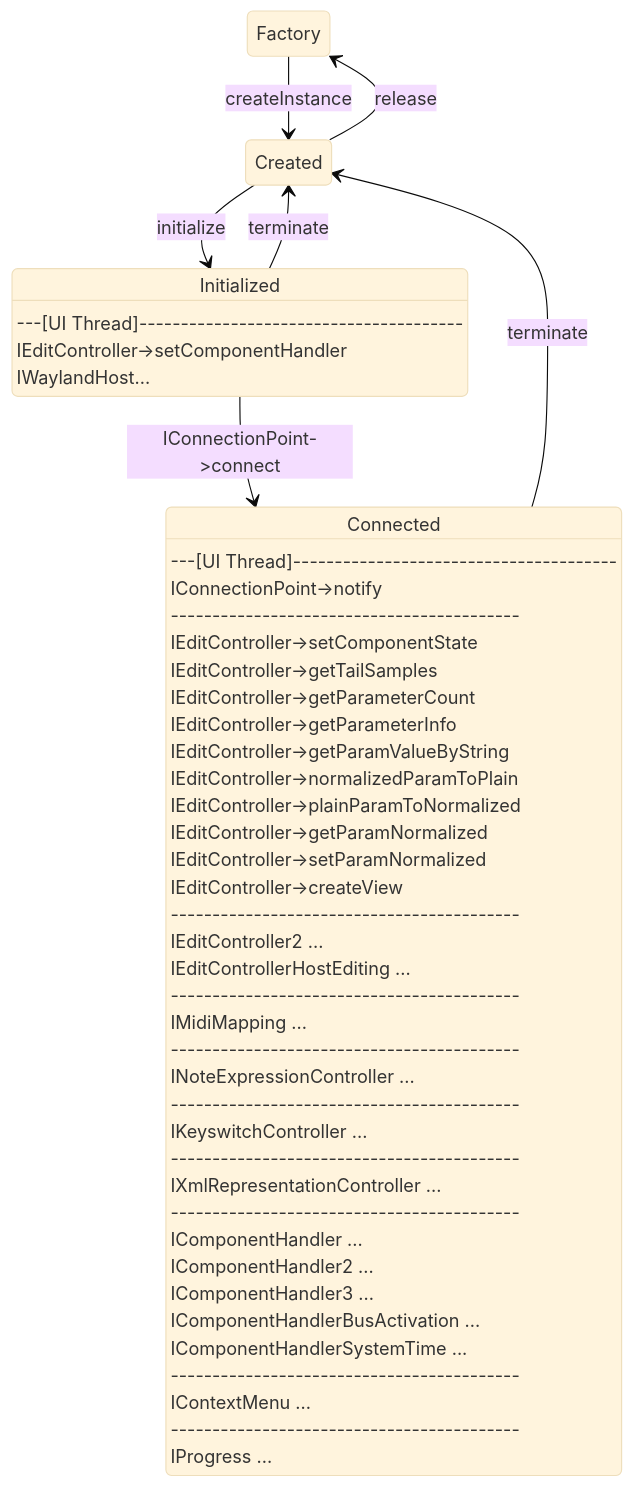
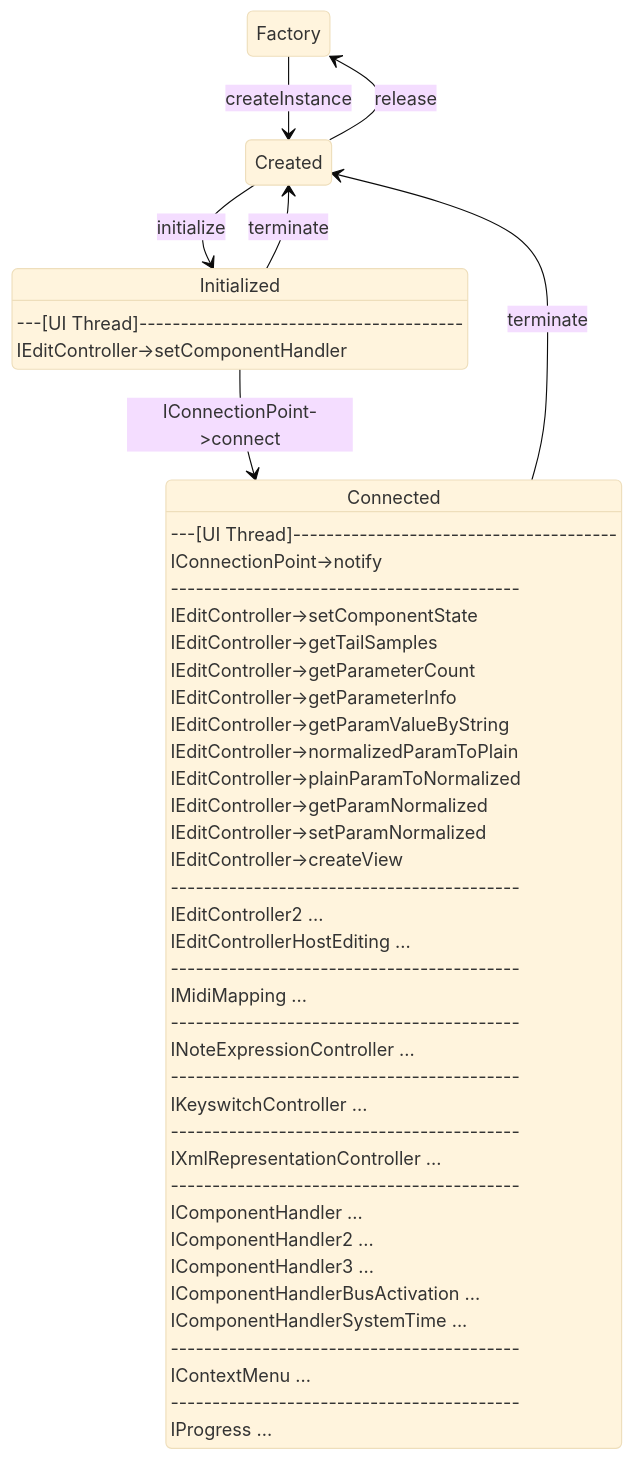
Before and after one commit to steinbergmedia/vst3_dev_portal: the diagram in src/pages/Technical+Documentation/Workflow+Diagrams/Edit+Controller+Call+Sequence.md, drawn with Mermaid (base theme). The commit also changed 1 other file, not shown here.

Commit message:
[update] after review

````diff
--- a/src/pages/Technical+Documentation/Workflow+Diagrams/Edit+Controller+Call+Sequence.md
+++ b/src/pages/Technical+Documentation/Workflow+Diagrams/Edit+Controller+Call+Sequence.md
@@ -11,53 +11,52 @@
 ```mermaid
 stateDiagram
 
 State0: Factory
 State1: Created
 State2: Initialized
 State3: Connected
 
 State2: ---[UI Thread]---------------------------------------
 State2: IEditController->setComponentHandler
-State2: IWaylandHost...
 State3: ---[UI Thread]---------------------------------------
 State3: IConnectionPoint->notify
 State3: ------------------------------------------
 State3: IEditController->setComponentState
 State3: IEditController->getTailSamples
 State3: IEditController->getParameterCount
 State3: IEditController->getParameterInfo
 State3: IEditController->getParamValueByString
 State3: IEditController->normalizedParamToPlain
 State3: IEditController->plainParamToNormalized
 State3: IEditController->getParamNormalized
 State3: IEditController->setParamNormalized
 State3: IEditController->createView
 State3: ------------------------------------------
 State3: IEditController2 ...
 State3: IEditControllerHostEditing ...
 State3: ------------------------------------------
 State3: IMidiMapping ...
 State3: ------------------------------------------
 State3: INoteExpressionController ...
 State3: ------------------------------------------
 State3: IKeyswitchController ...
 State3: ------------------------------------------
 State3: IXmlRepresentationController ...
 State3: ------------------------------------------
 State3: IComponentHandler ...
 State3: IComponentHandler2 ...
 State3: IComponentHandler3 ...
 State3: IComponentHandlerBusActivation ...
 State3: IComponentHandlerSystemTime ...
 State3: ------------------------------------------
 State3: IContextMenu ...
 State3: ------------------------------------------
 State3: IProgress ...
 
 State0 --> State1: createInstance
 State1 --> State0: release
 State1 --> State2: initialize
 State2 --> State1: terminate
 State2 --> State3: IConnectionPoint->connect
 State3 --> State1: terminate
 ```
````
